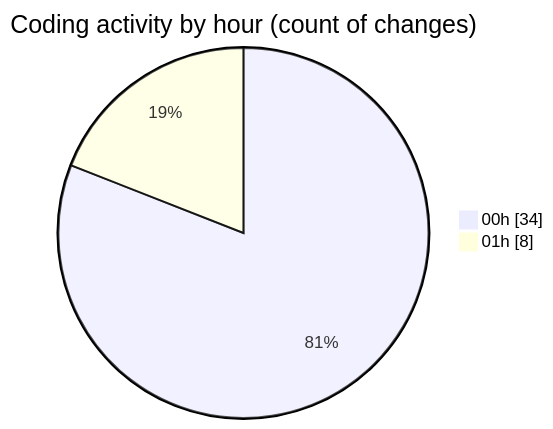
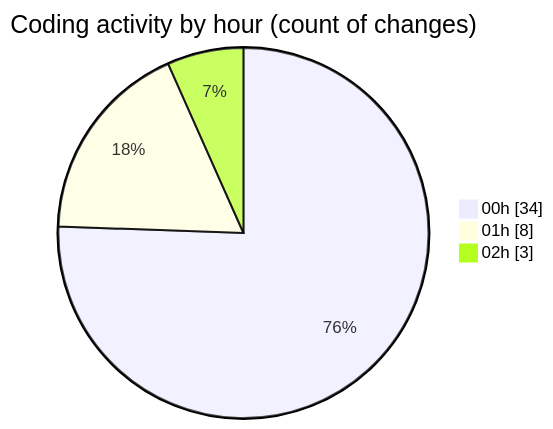
The second of 2 diagrams in 2025-05-18/niten/README.md (Elitesun/code-tracking), drawn with Mermaid before and after one commit. The commit also changed other lines of this file and 1 other file, not shown here.

````diff
--- a/2025-05-18/niten/README.md
+++ b/2025-05-18/niten/README.md
@@ -44,6 +45,7 @@
 ```mermaid
 pie showData
 title Coding activity by hour (count of changes)
 "00h" : 34
 "01h" : 8
+"02h" : 3
 ```
````
